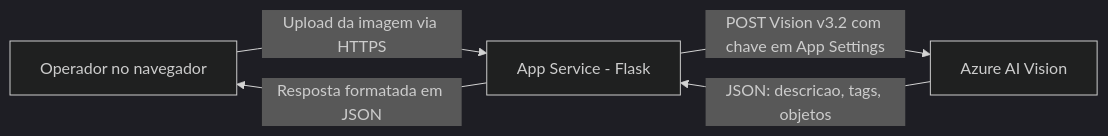
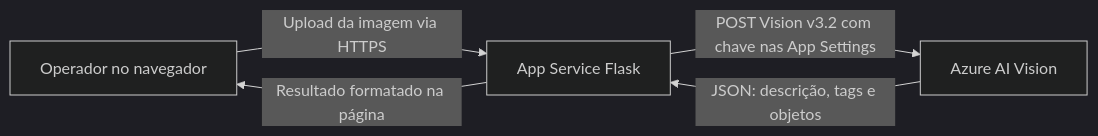
Before and after one commit to Guido-AlvaroPC/dronevision-rm95866: the diagram in README.md, drawn with Mermaid (dark theme). The commit also changed other lines of this file, not shown here.

Commit message:
docs: alinhar README com o deploy real no Azure

````diff
--- a/README.md
+++ b/README.md
@@ -10,7 +17,7 @@
 ```mermaid
 flowchart LR
-    A[Operador no navegador] -->|Upload da imagem via HTTPS| B[App Service - Flask]
-    B -->|POST Vision v3.2 com chave em App Settings| C[Azure AI Vision]
-    C -->|JSON: descricao, tags, objetos| B
-    B -->|Resposta formatada em JSON| A
+    A[Operador no navegador] -->|Upload da imagem via HTTPS| B[App Service Flask]
+    B -->|POST Vision v3.2 com chave nas App Settings| C[Azure AI Vision]
+    C -->|JSON: descrição, tags e objetos| B
+    B -->|Resultado formatado na página| A
 ```
````
